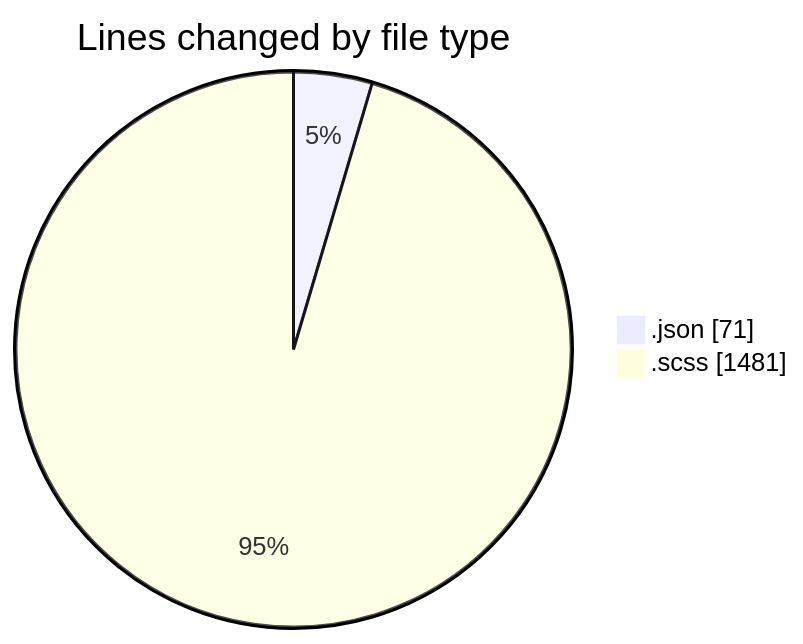
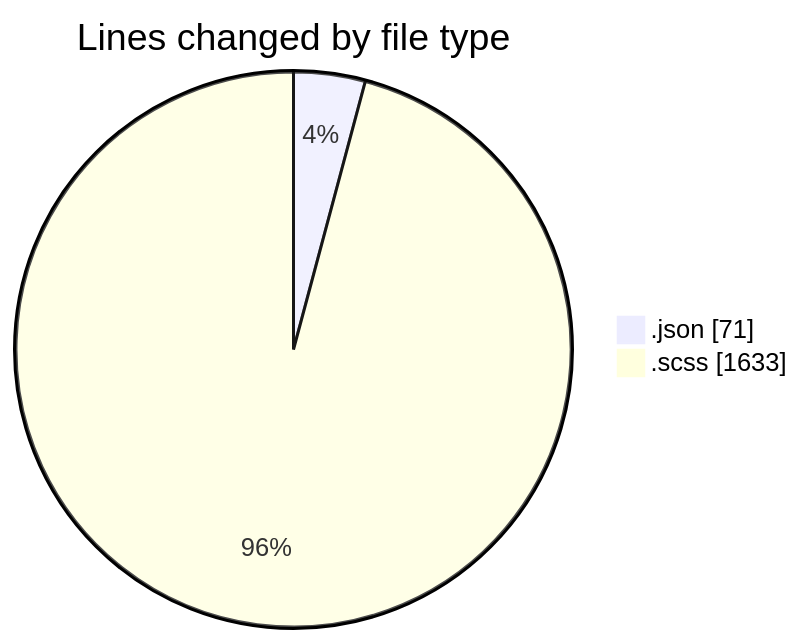
One commit to momahboobian/code-tracking changed the first of 2 diagrams in 2026-01-22/cda/README.md. Above: the diagram before and after it, drawn with Mermaid. The commit also changed other lines of this file and 1 other file, not shown here.

````diff
--- a/2026-01-22/cda/README.md
+++ b/2026-01-22/cda/README.md
@@ -30,6 +31,6 @@
 ```mermaid
 pie showData
 title Lines changed by file type
 ".json" : 71
-".scss" : 1481
+".scss" : 1633
 ```
````
